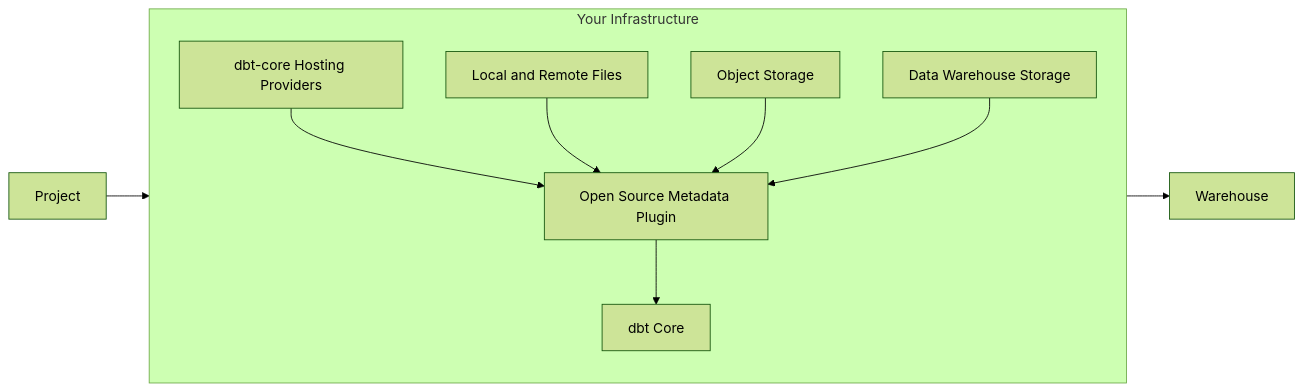
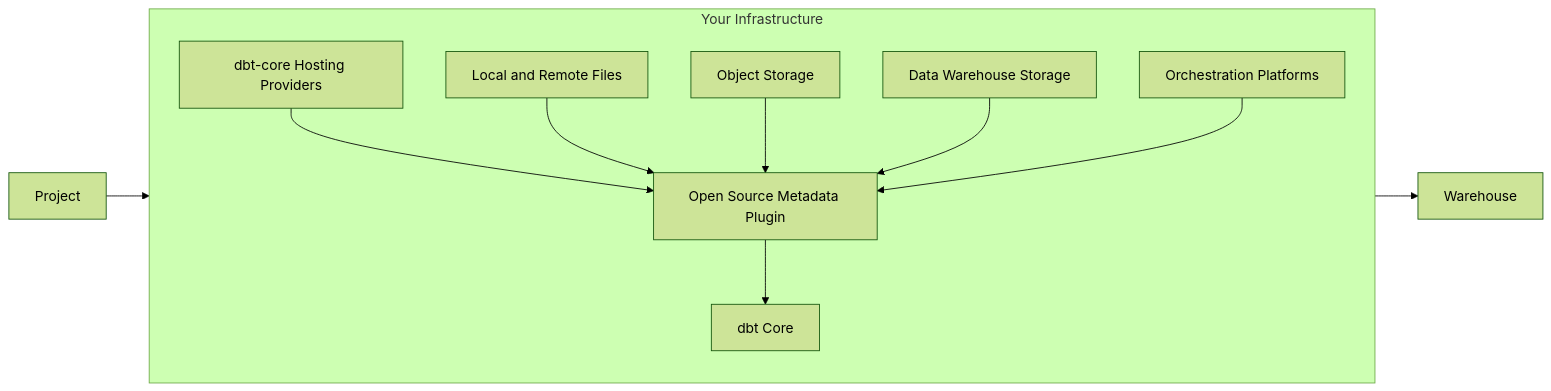
One commit to nicholasyager/dbt-loom changed the diagram in docs/index.md. Above: the diagram before and after it, drawn with Mermaid (forest theme). The commit also changed other lines of this file and 2 other files, not shown here.

Commit message:
Add docs for Dagster Cloud Manifest Loader

````diff
--- a/docs/index.md
+++ b/docs/index.md
@@ -5,22 +5,24 @@
 ```mermaid
 flowchart LR
 
    subgraph TOP[Your Infrastructure]
     direction TB
     dbt_runtime[dbt Core]:::background
     proprietary_plugin[Open Source Metadata Plugin]:::background
 
     files[Local and Remote Files]:::background
     object_storage[Object Storage]:::background
     data_warehouse_storage[Data Warehouse Storage]:::background
     discovery_api[dbt-core Hosting Providers]:::background
+    orchestration[Orchestration Platforms]:::background
 
     discovery_api --> proprietary_plugin
     files --> proprietary_plugin
     object_storage --> proprietary_plugin
     data_warehouse_storage --> proprietary_plugin
+    orchestration --> proprietary_plugin
     proprietary_plugin --> dbt_runtime
   end
 
   Project --> TOP --> Warehouse
 ```
````
